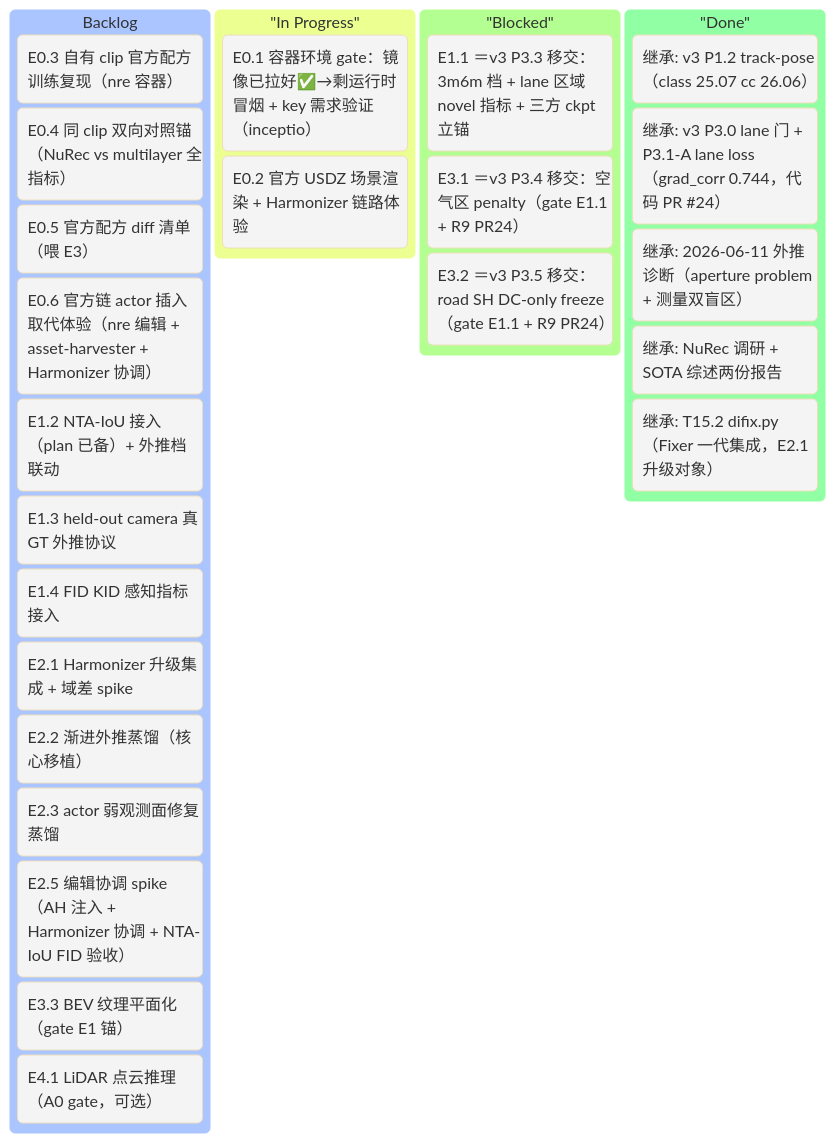
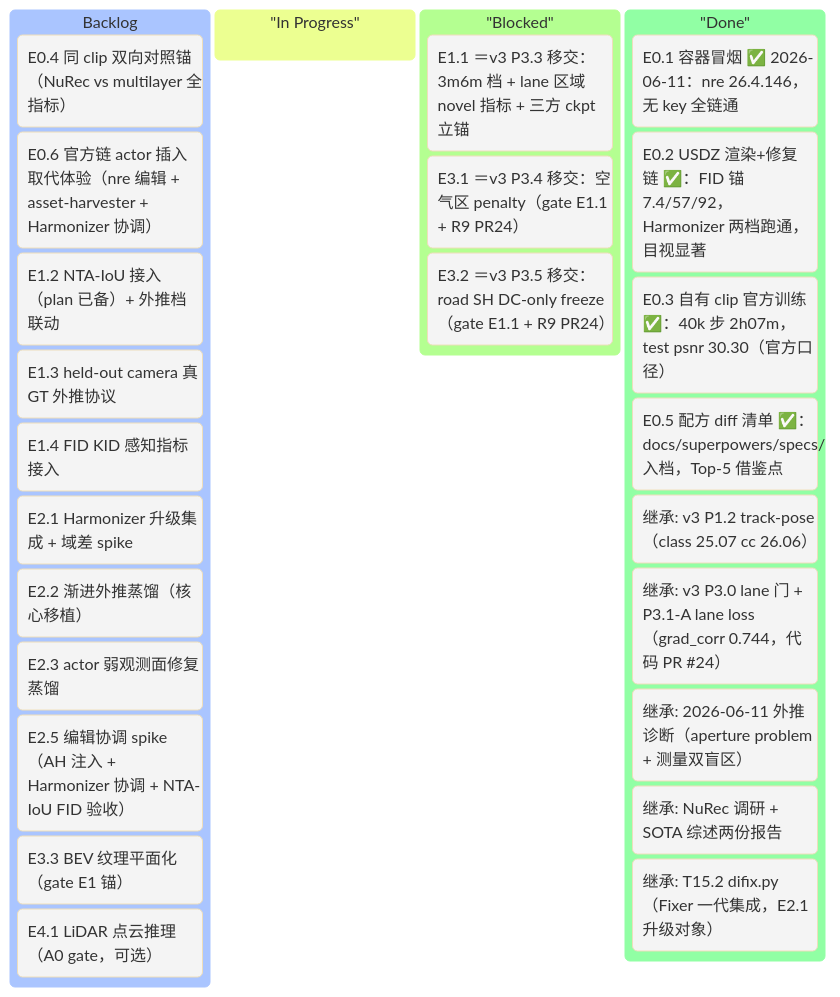
Before and after one commit to etendue/3dgrut: the first of 2 diagrams in v4_plan.md, drawn with Mermaid. The commit also changed other lines of this file and 1 other file, not shown here.

````diff
--- a/v4_plan.md
+++ b/v4_plan.md
@@ -67,34 +67,34 @@
 ```mermaid
 %%{init: {'theme':'base'}}%%
 kanban
     Backlog
-        [E0.3 自有 clip 官方配方训练复现（nre 容器）]
         [E0.4 同 clip 双向对照锚（NuRec vs multilayer 全指标）]
-        [E0.5 官方配方 diff 清单（喂 E3）]
         [E0.6 官方链 actor 插入取代体验（nre 编辑 + asset-harvester + Harmonizer 协调）]
         [E1.2 NTA-IoU 接入（plan 已备）+ 外推档联动]
         [E1.3 held-out camera 真 GT 外推协议]
         [E1.4 FID KID 感知指标接入]
         [E2.1 Harmonizer 升级集成 + 域差 spike]
         [E2.2 渐进外推蒸馏（核心移植）]
         [E2.3 actor 弱观测面修复蒸馏]
         [E2.5 编辑协调 spike（AH 注入 + Harmonizer 协调 + NTA-IoU FID 验收）]
         [E3.3 BEV 纹理平面化（gate E1 锚）]
         [E4.1 LiDAR 点云推理（A0 gate，可选）]
 
     "In Progress"
-        [E0.1 容器环境 gate：镜像已拉好✅→剩运行时冒烟 + key 需求验证（inceptio）]
-        [E0.2 官方 USDZ 场景渲染 + Harmonizer 链路体验]
 
     "Blocked"
         [E1.1 ＝v3 P3.3 移交：3m6m 档 + lane 区域 novel 指标 + 三方 ckpt 立锚]
         [E3.1 ＝v3 P3.4 移交：空气区 penalty（gate E1.1 + R9 PR24）]
         [E3.2 ＝v3 P3.5 移交：road SH DC-only freeze（gate E1.1 + R9 PR24）]
 
     "Done"
+        [E0.1 容器冒烟 ✅ 2026-06-11：nre 26.4.146，无 key 全链通]
+        [E0.2 USDZ 渲染+修复链 ✅：FID 锚 7.4/57/92，Harmonizer 两档跑通，目视显著]
+        [E0.3 自有 clip 官方训练 ✅：40k 步 2h07m，test psnr 30.30（官方口径）]
+        [E0.5 配方 diff 清单 ✅：docs/superpowers/specs/ 入档，Top-5 借鉴点]
         [继承: v3 P1.2 track-pose（class 25.07 cc 26.06）]
         [继承: v3 P3.0 lane 门 + P3.1-A lane loss（grad_corr 0.744，代码 PR #24）]
         [继承: 2026-06-11 外推诊断（aperture problem + 测量双盲区）]
         [继承: NuRec 调研 + SOTA 综述两份报告]
         [继承: T15.2 difix.py（Fixer 一代集成，E2.1 升级对象）]
 ```
````
